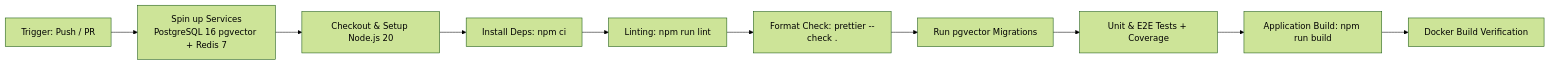
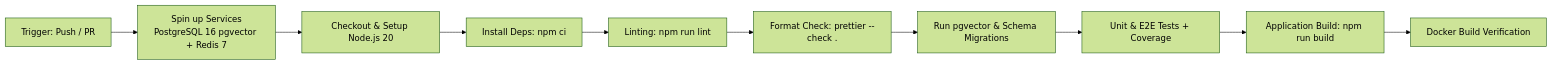
The tenth of 10 diagrams in README.md (mo74x/Docmind), drawn with Mermaid (forest theme) before and after one commit. The commit also changed other lines of this file and 36 other files, not shown here.

````diff
--- a/README.md
+++ b/README.md
@@ -1244,12 +1393,12 @@
 ```mermaid
 flowchart LR
     A[Trigger: Push / PR] --> B[Spin up Services<br/>PostgreSQL 16 pgvector + Redis 7]
     B --> C[Checkout & Setup Node.js 20]
     C --> D[Install Deps: npm ci]
     D --> E[Linting: npm run lint]
     E --> F[Format Check: prettier --check .]
-    F --> G[Run pgvector Migrations]
+    F --> G[Run pgvector & Schema Migrations]
     G --> H[Unit & E2E Tests + Coverage]
     H --> I[Application Build: npm run build]
     I --> J[Docker Build Verification]
 ```
````
